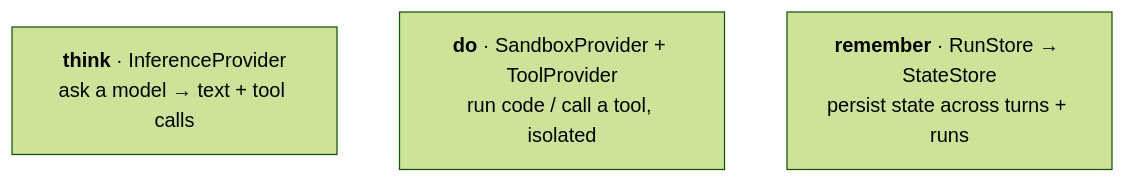
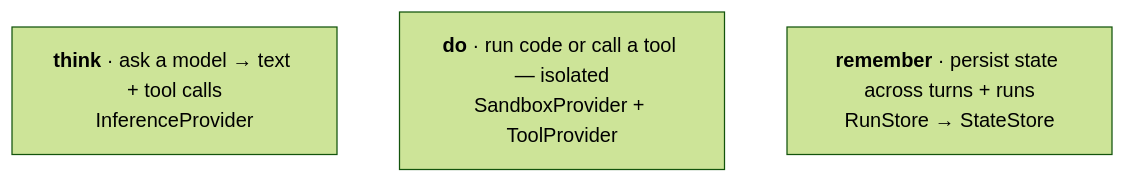
One commit to tilsley/creance changed the sixth of 16 diagrams in docs/walkthrough-slides.md. Above: the diagram before and after it, drawn with Mermaid (forest theme). The commit also changed other lines of this file, not shown here.

````diff
--- a/docs/walkthrough-slides.md
+++ b/docs/walkthrough-slides.md
@@ -76,6 +82,6 @@
 ```mermaid
 flowchart TB
-  T["<b>think</b> · InferenceProvider<br/>ask a model → text + tool calls"]
-  D["<b>do</b> · SandboxProvider + ToolProvider<br/>run code / call a tool, isolated"]
-  R["<b>remember</b> · RunStore → StateStore<br/>persist state across turns + runs"]
+  T["<b>think</b> · ask a model → text + tool calls<br/>InferenceProvider"]
+  D["<b>do</b> · run code or call a tool — isolated<br/>SandboxProvider + ToolProvider"]
+  R["<b>remember</b> · persist state across turns + runs<br/>RunStore → StateStore"]
 ```
````
